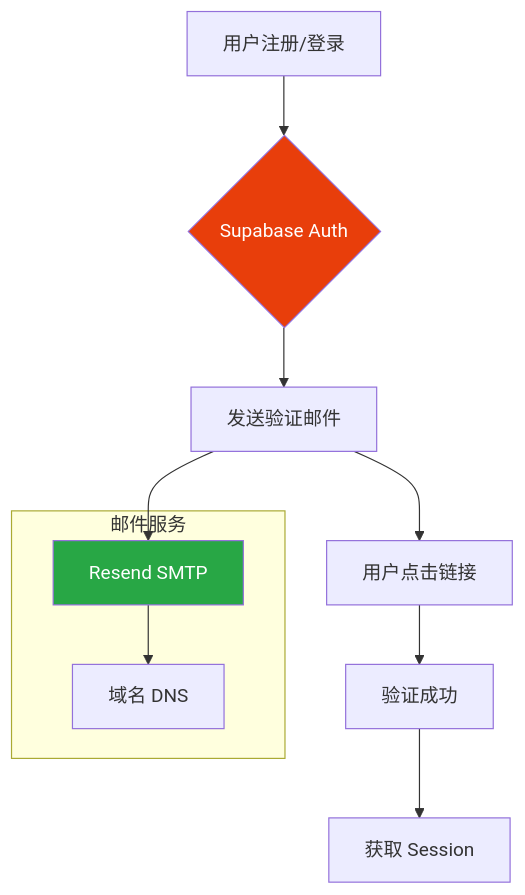
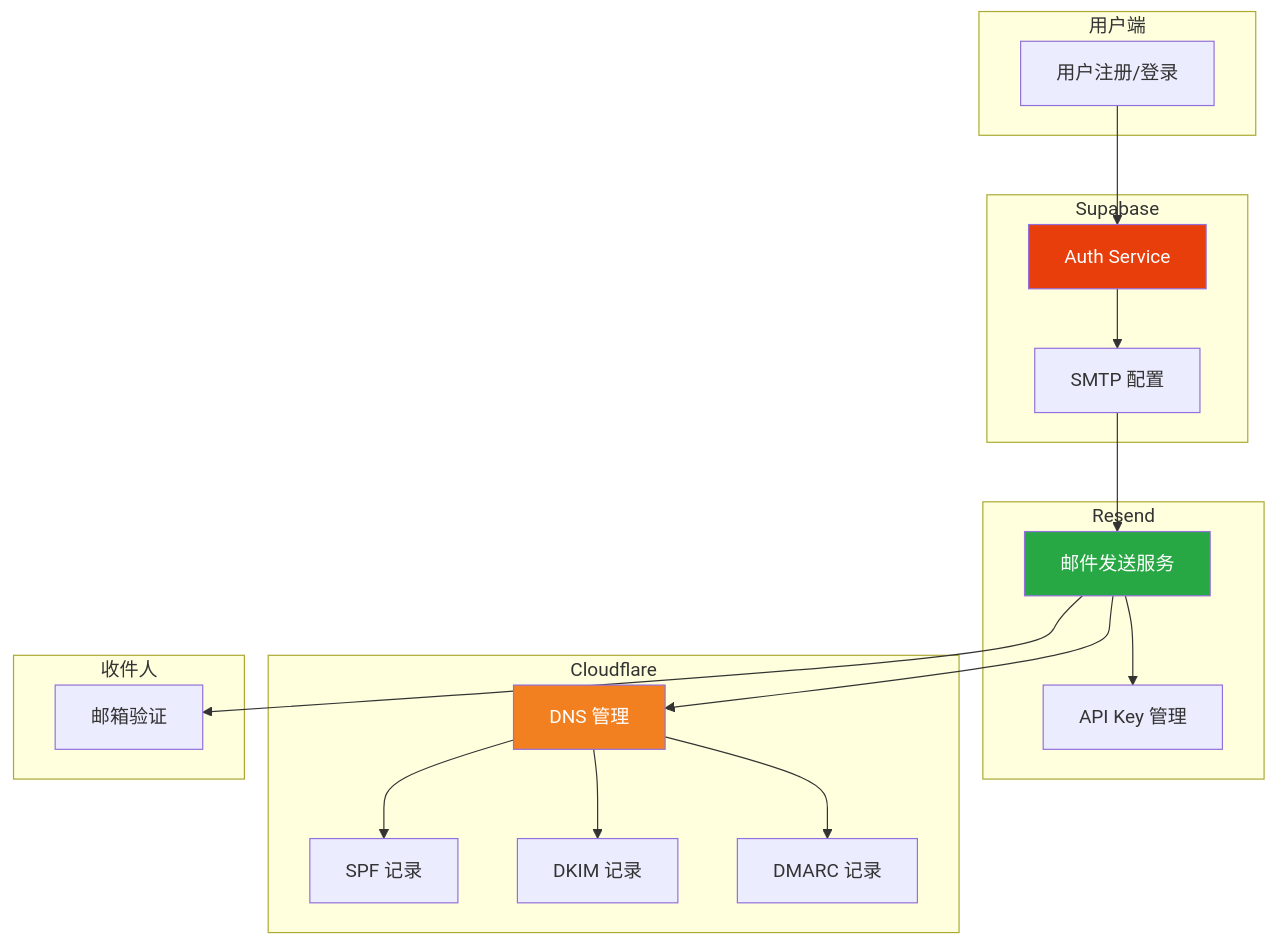
One commit to veil-chow-fyaic/SRM changed the first of 7 diagrams in docs/ai-backend-development-guide/06-AUTH-EMAIL.md. Above: the diagram before and after it, drawn with Mermaid. The commit also changed other lines of this file and 7 other files, not shown here.

````diff
--- a/docs/ai-backend-development-guide/06-AUTH-EMAIL.md
+++ b/docs/ai-backend-development-guide/06-AUTH-EMAIL.md
@@ -7,19 +7,41 @@
 ```mermaid
 flowchart TB
-    A[用户注册/登录] --> B{Supabase Auth}
-    B --> C[发送验证邮件]
-    C --> D[用户点击链接]
-    D --> E[验证成功]
-    E --> F[获取 Session]
-
-    subgraph 邮件服务
-        G[Resend SMTP]
-        H[域名 DNS]
+    subgraph 用户端
+        A[用户注册/登录]
     end
 
-    C --> G
-    G --> H
+    subgraph Supabase
+        B[Auth Service]
+        C[SMTP 配置]
+    end
+
+    subgraph Resend
+        D[邮件发送服务]
+        E[API Key 管理]
+    end
+
+    subgraph Cloudflare
+        F[DNS 管理]
+        G[SPF 记录]
+        H[DKIM 记录]
+        I[DMARC 记录]
+    end
+
+    subgraph 收件人
+        J[邮箱验证]
+    end
+
+    A --> B
+    B --> C
+    C --> D
+    D --> E
+    D --> F
+    F --> G
+    F --> H
+    F --> I
+    D --> J
 
     style B fill:#e83e0b,color:#fff
-    style G fill:#28a745,color:#fff
+    style D fill:#28a745,color:#fff
+    style F fill:#f38020,color:#fff
 ```
````
